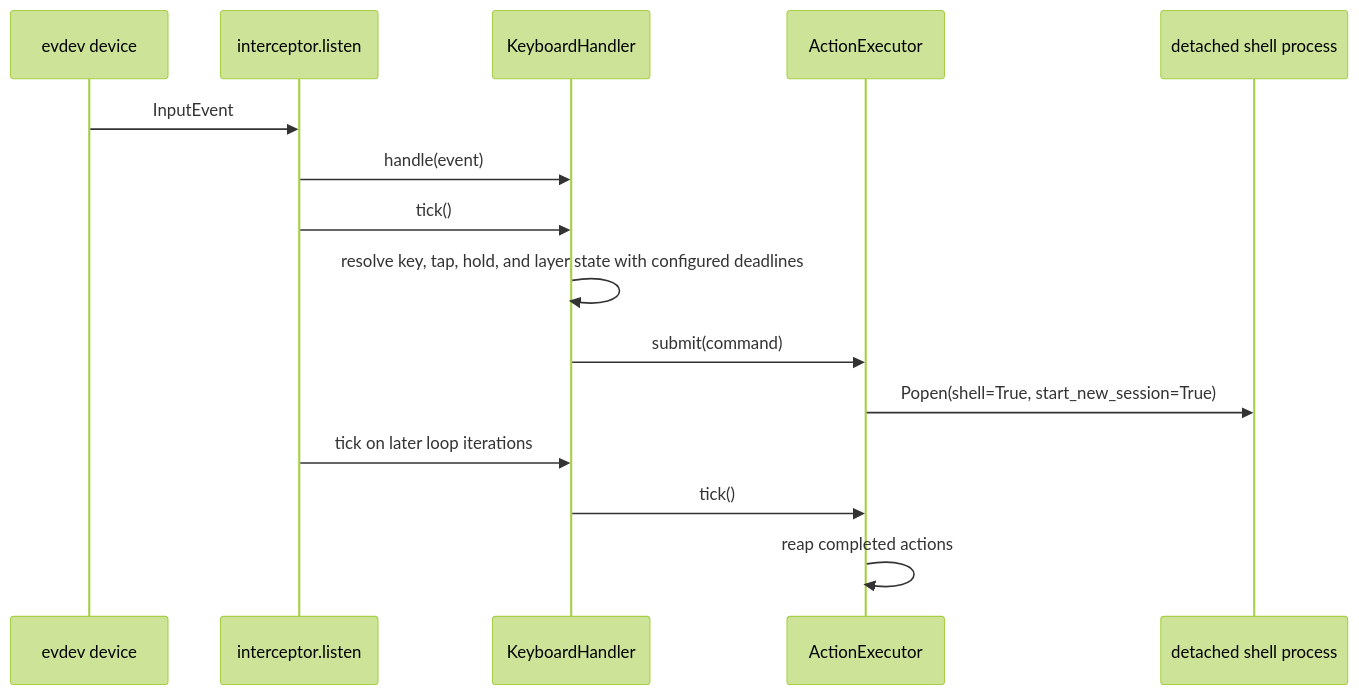
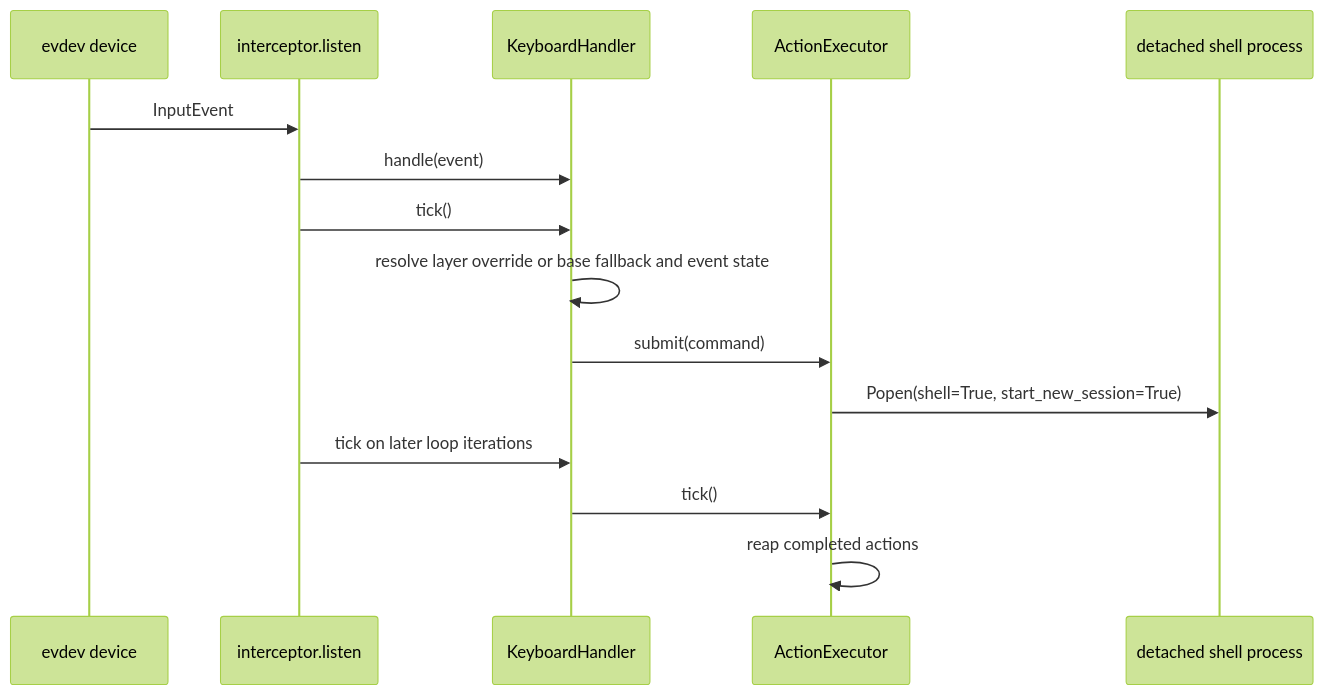
One commit to rafaelglikis/macropad changed the second of 4 diagrams in src/macropad/README.md. Above: the diagram before and after it, drawn with Mermaid (forest theme). The commit also changed other lines of this file and 9 other files, not shown here.

````diff
--- a/src/macropad/README.md
+++ b/src/macropad/README.md
@@ -195,18 +195,18 @@
 ```mermaid
 sequenceDiagram
     participant Device as evdev device
     participant Interceptor as interceptor.listen
     participant Handler as KeyboardHandler
     participant Executor as ActionExecutor
     participant Shell as detached shell process
 
     Device->>Interceptor: InputEvent
     Interceptor->>Handler: handle(event)
     Interceptor->>Handler: tick()
-    Handler->>Handler: resolve key, tap, hold, and layer state with configured deadlines
+    Handler->>Handler: resolve layer override or base fallback and event state
     Handler->>Executor: submit(command)
     Executor->>Shell: Popen(shell=True, start_new_session=True)
     Interceptor->>Handler: tick on later loop iterations
     Handler->>Executor: tick()
     Executor->>Executor: reap completed actions
 ```
````
